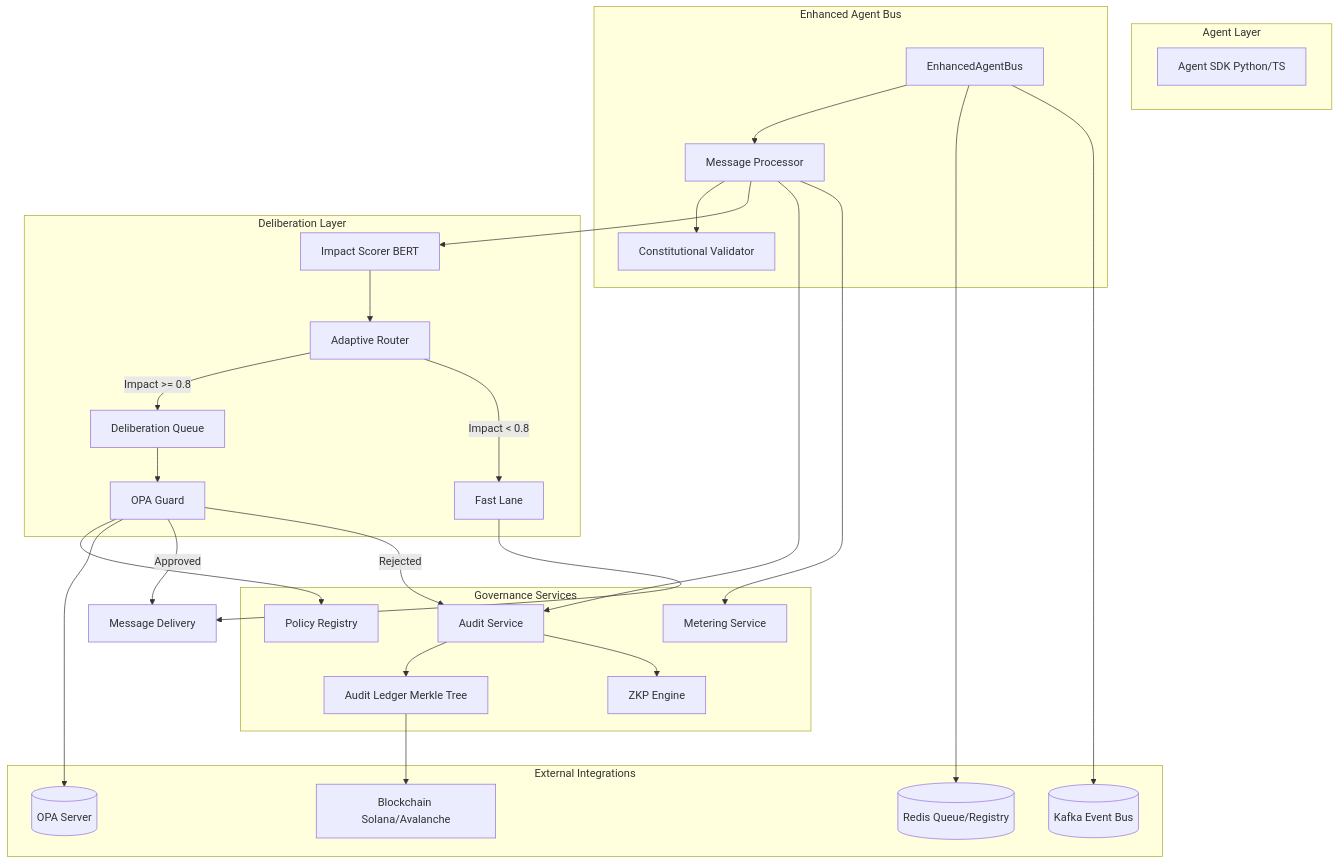
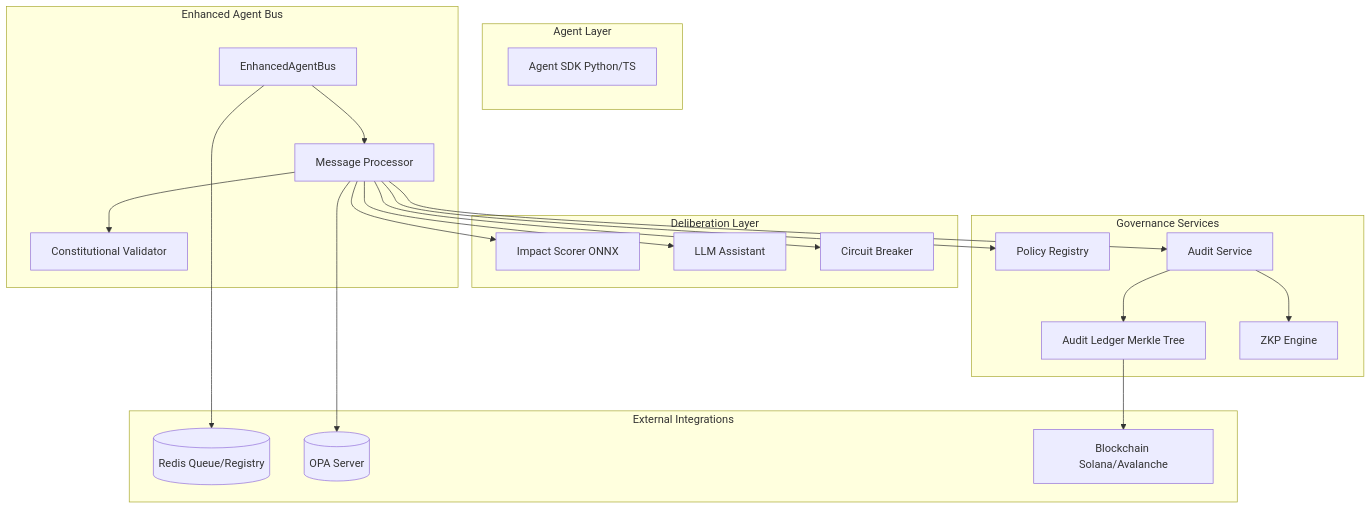
One commit to dislovelhl/acgs2 changed the diagram in acgs2-core/docs/architecture_diagram.md. Above: the diagram before and after it, drawn with Mermaid. The commit also changed other lines of this file and 153 other files, not shown here.

````diff
--- a/acgs2-core/docs/architecture_diagram.md
+++ b/acgs2-core/docs/architecture_diagram.md
@@ -14,58 +14,47 @@
 ```mermaid
 graph TD
     subgraph Agent_Layer [Agent Layer]
         SDK[Agent SDK Python/TS]
     end
 
     subgraph Core_Bus [Enhanced Agent Bus]
         Bus[EnhancedAgentBus]
         Processor[Message Processor]
         Validator[Constitutional Validator]
 
         Bus --> Processor
         Processor --> Validator
     end
 
     subgraph Deliberation_Layer [Deliberation Layer]
-        Scorer[Impact Scorer BERT]
-        Router[Adaptive Router]
-        Queue[Deliberation Queue]
-        OPAGuard[OPA Guard]
+        Scorer[Impact Scorer ONNX]
+        LLM[LLM Assistant]
+        CB[Circuit Breaker]
 
         Processor --> Scorer
-        Scorer --> Router
-        Router -- Impact >= 0.8 --> Queue
-        Router -- Impact < 0.8 --> FastLane[Fast Lane]
-        Queue --> OPAGuard
+        Processor --> LLM
+        Processor --> CB
     end
 
     subgraph Governance_Services [Governance Services]
         Policy[Policy Registry]
         Audit[Audit Service]
         Ledger[Audit Ledger Merkle Tree]
-        Metering[Metering Service]
         ZKP[ZKP Engine]
 
-        OPAGuard --> Policy
+        Processor --> Policy
         Processor --> Audit
-        Processor --> Metering
         Audit --> Ledger
         Audit --> ZKP
     end
 
     subgraph External_Integrations [External Integrations]
         Redis[(Redis Queue/Registry)]
-        Kafka[(Kafka Event Bus)]
         OPA[(OPA Server)]
         Blockchain[Blockchain Solana/Avalanche]
 
         Bus --> Redis
-        Bus --> Kafka
-        OPAGuard --> OPA
+        Processor --> OPA
         Ledger --> Blockchain
     end
-
-    FastLane --> Delivery[Message Delivery]
-    OPAGuard -- Approved --> Delivery
-    OPAGuard -- Rejected --> Audit
 ```
````
